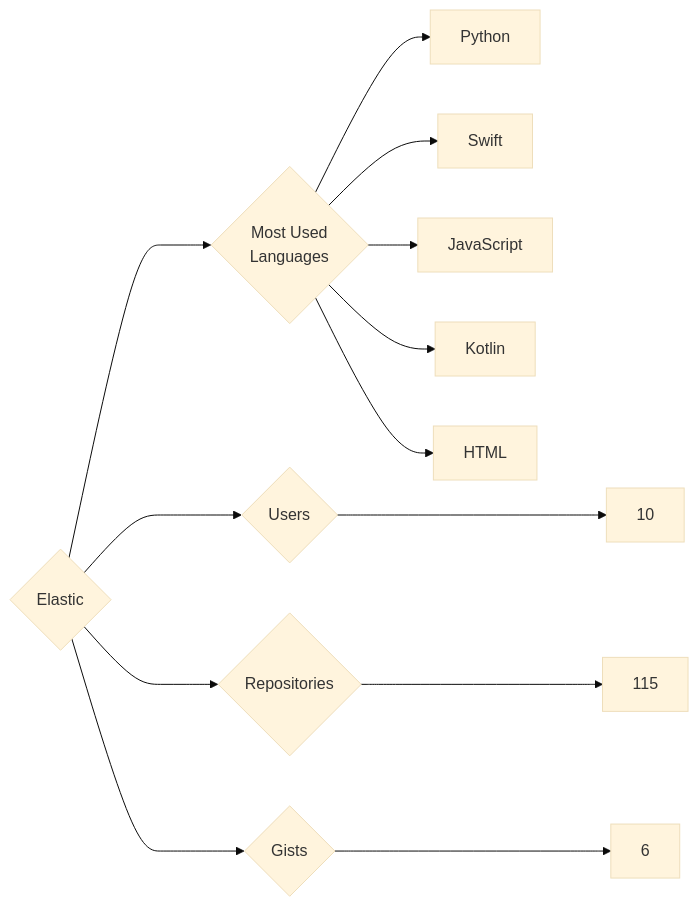
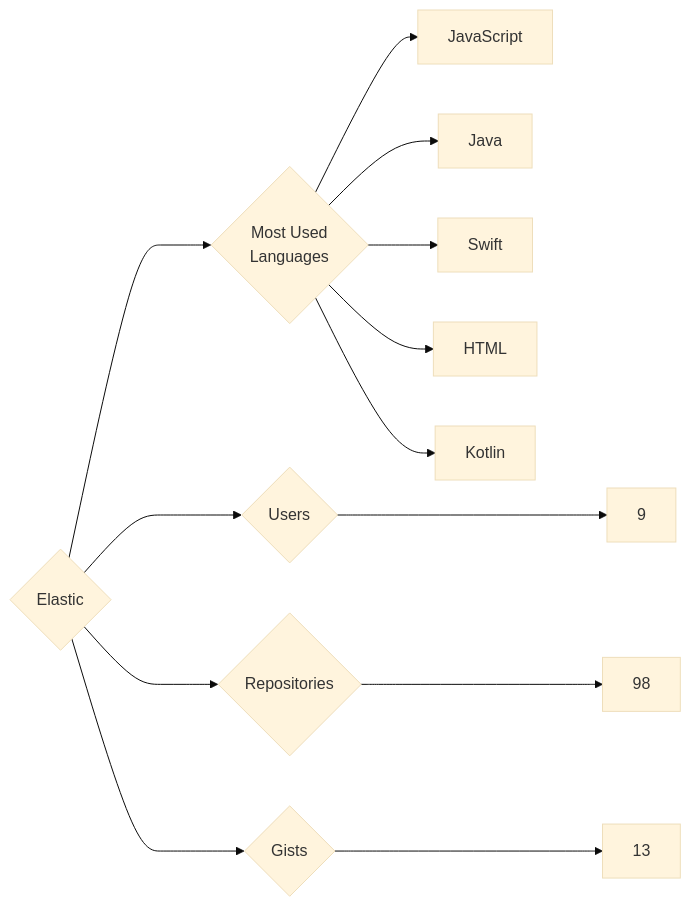
Before and after one commit to trickest/insiders: the diagram in targets/Elastic/README.md, drawn with Mermaid (base theme). The commit also changed 1092 other files, not shown here.

````diff
--- a/targets/Elastic/README.md
+++ b/targets/Elastic/README.md
@@ -3,13 +3,13 @@
 ```mermaid
 graph LR
 COMPANY_NAME{Elastic}
-COMPANY_NAME ---> U{Users} ---> UN[10]
-COMPANY_NAME ---> R{Repositories} ---> RN[115]
-COMPANY_NAME ---> G{Gists} ---> GN[6]
+COMPANY_NAME ---> U{Users} ---> UN[9]
+COMPANY_NAME ---> R{Repositories} ---> RN[98]
+COMPANY_NAME ---> G{Gists} ---> GN[13]
 COMPANY_NAME ---> ML{Most Used<br>Languages}
-ML --> Python[Python]
+ML --> JavaScript[JavaScript]
+ML --> Java[Java]
 ML --> Swift[Swift]
-ML --> JavaScript[JavaScript]
+ML --> HTML[HTML]
 ML --> Kotlin[Kotlin]
-ML --> HTML[HTML]
 ```
````
